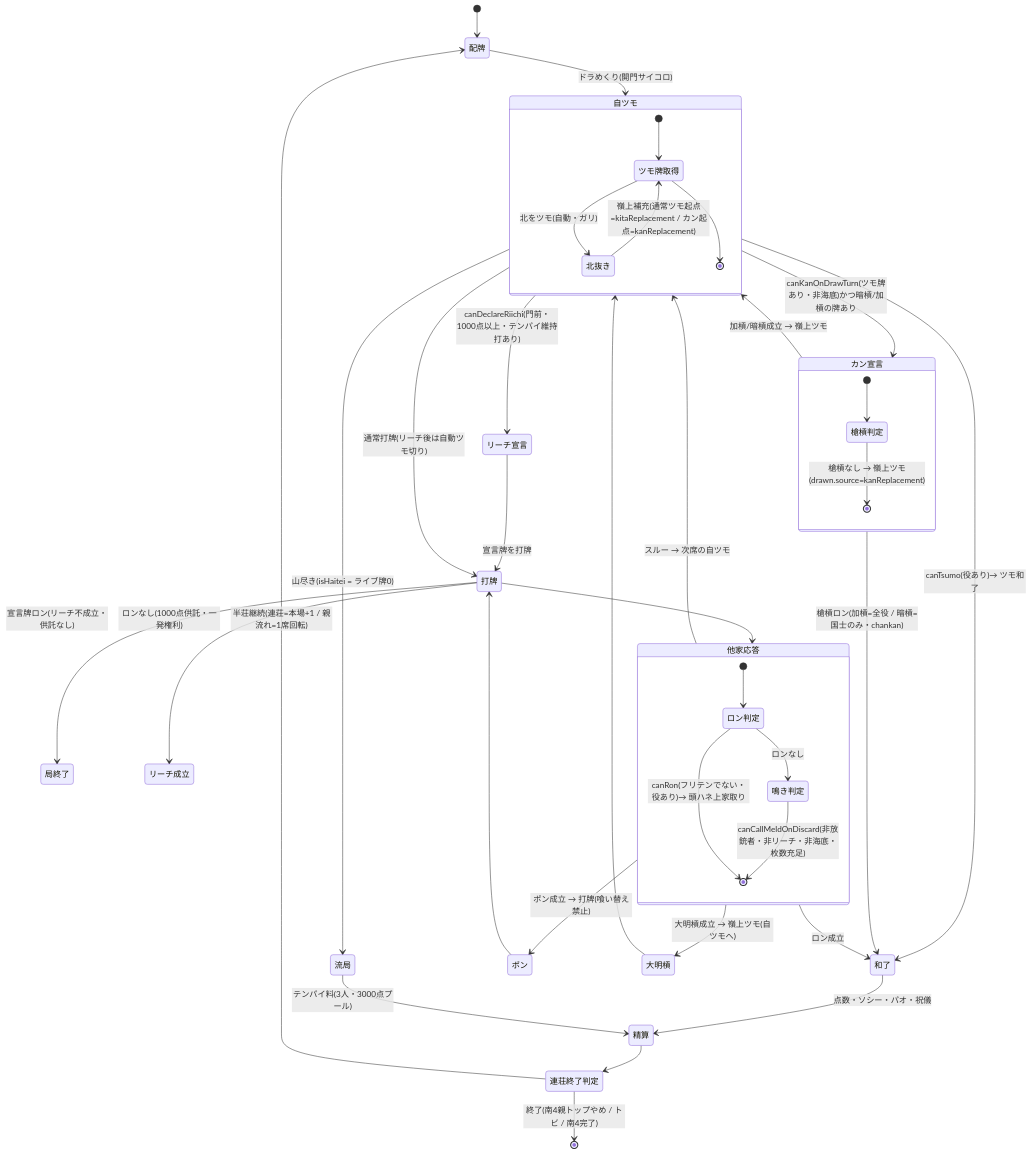
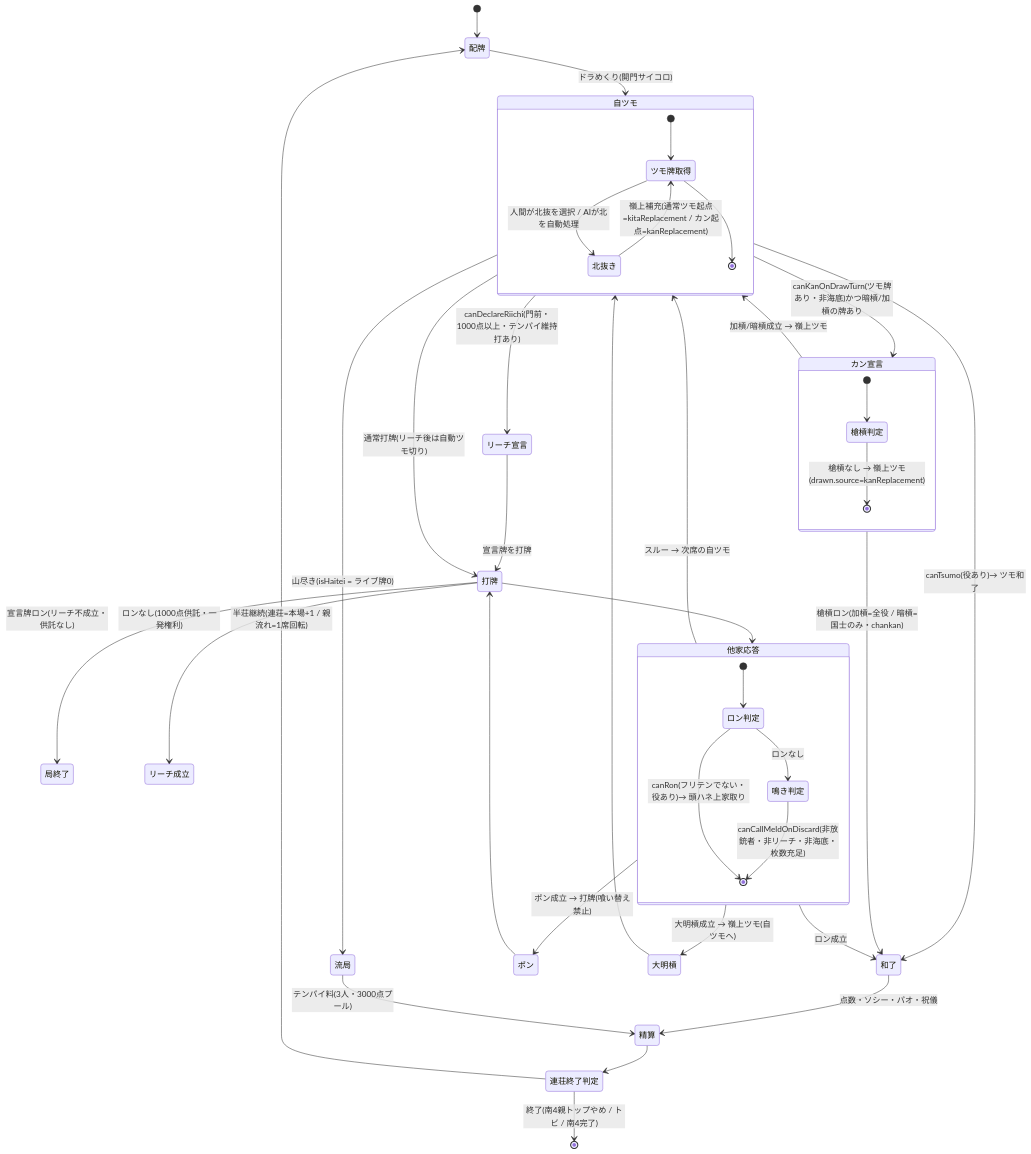
One commit to AutoDevJapan/FourBrosMahjong changed the second of 2 diagrams in documents/spec/game-flow.md. Above: the diagram before and after it, drawn with Mermaid. The commit also changed other lines of this file and 44 other files, not shown here.

````diff
--- a/documents/spec/game-flow.md
+++ b/documents/spec/game-flow.md
@@ -38,48 +38,48 @@
 ```mermaid
 stateDiagram-v2
     [*] --> 配牌
     配牌 --> 自ツモ: ドラめくり(開門サイコロ)
 
     state 自ツモ {
         [*] --> ツモ牌取得
-        ツモ牌取得 --> 北抜き: 北をツモ(自動・ガリ)
+        ツモ牌取得 --> 北抜き: 人間が北抜を選択 / AIが北を自動処理
         北抜き --> ツモ牌取得: 嶺上補充(通常ツモ起点=kitaReplacement / カン起点=kanReplacement)
         ツモ牌取得 --> [*]
     }
 
     自ツモ --> 流局: 山尽き(isHaitei = ライブ牌0)
     自ツモ --> 和了: canTsumo(役あり)→ ツモ和了
     自ツモ --> リーチ宣言: canDeclareRiichi(門前・1000点以上・テンパイ維持打あり)
     自ツモ --> カン宣言: canKanOnDrawTurn(ツモ牌あり・非海底)かつ暗槓/加槓の牌あり
     自ツモ --> 打牌: 通常打牌(リーチ後は自動ツモ切り)
     リーチ宣言 --> 打牌: 宣言牌を打牌
     打牌 --> 局終了: 宣言牌ロン(リーチ不成立・供託なし)
     打牌 --> リーチ成立: ロンなし(1000点供託・一発権利)
 
     state カン宣言 {
         [*] --> 槍槓判定
         槍槓判定 --> [*]: 槍槓なし → 嶺上ツモ(drawn.source=kanReplacement)
     }
     カン宣言 --> 自ツモ: 加槓/暗槓成立 → 嶺上ツモ
     カン宣言 --> 和了: 槍槓ロン(加槓=全役 / 暗槓=国士のみ・chankan)
 
     打牌 --> 他家応答
     state 他家応答 {
         [*] --> ロン判定
         ロン判定 --> [*]: canRon(フリテンでない・役あり)→ 頭ハネ上家取り
         ロン判定 --> 鳴き判定: ロンなし
         鳴き判定 --> [*]: canCallMeldOnDiscard(非放銃者・非リーチ・非海底・枚数充足)
     }
     他家応答 --> 和了: ロン成立
     他家応答 --> ポン: ポン成立 → 打牌(喰い替え禁止)
     他家応答 --> 大明槓: 大明槓成立 → 嶺上ツモ(自ツモへ)
     他家応答 --> 自ツモ: スルー → 次席の自ツモ
     ポン --> 打牌
     大明槓 --> 自ツモ
 
     和了 --> 精算: 点数・ソシー・パオ・祝儀
     流局 --> 精算: テンパイ料(3人・3000点プール)
     精算 --> 連荘終了判定
     連荘終了判定 --> 配牌: 半荘継続(連荘=本場+1 / 親流れ=1席回転)
     連荘終了判定 --> [*]: 終了(南4親トップやめ / トビ / 南4完了)
 ```
````
